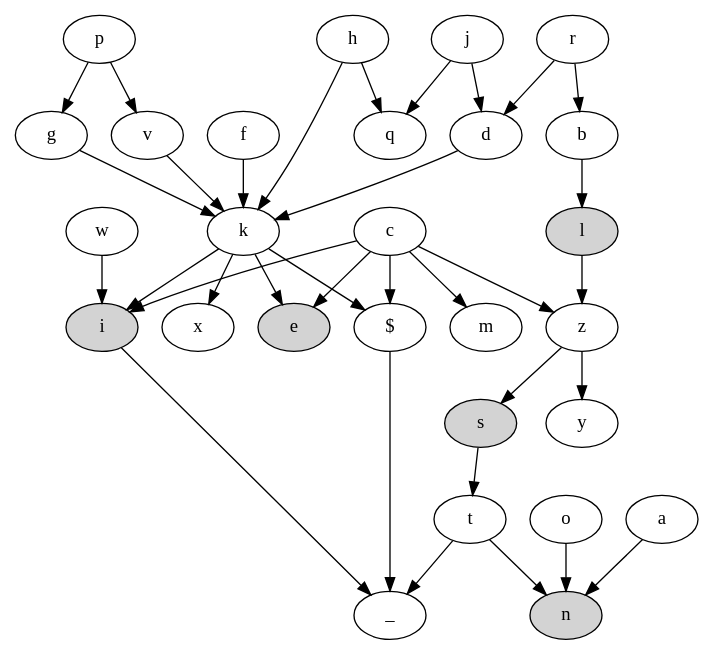
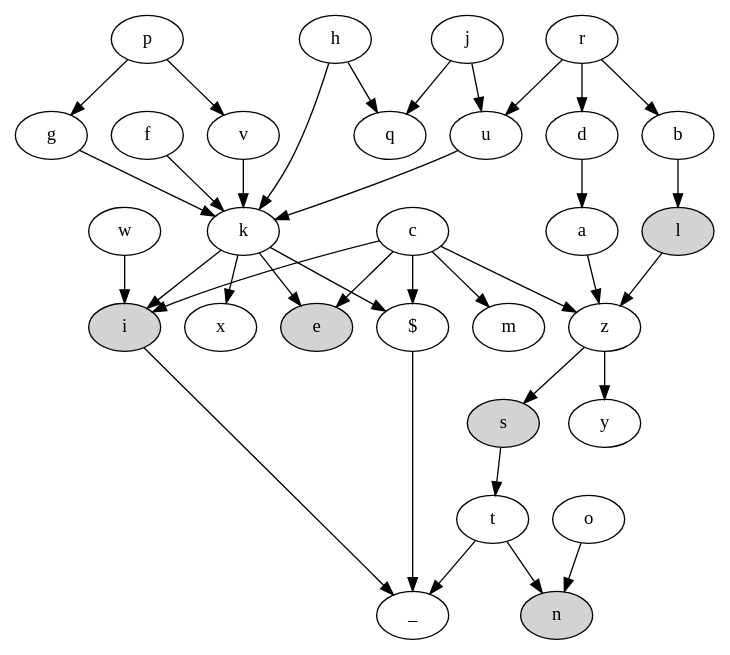
One commit to dovca/fp-js changed the diagram in dependencies.dot. Above: the diagram before and after it, drawn with Graphviz. The commit also changed 6 other files, not shown here.

```diff
--- a/dependencies.dot
+++ b/dependencies.dot
@@ -1,42 +1,44 @@
 digraph dependencies {
 
     n [style=filled];
     i [style=filled];
     s [style=filled];
     e [style=filled];
     l [style=filled];
 
     "$" -> _;
     t -> n;
     t -> _;
     i -> _;
     w -> i;
     o -> n;
-    a -> n;
+    a -> z;
+    d -> a;
     s -> t;
     z -> s;
     z -> y;
     c -> z;
     c -> e;
     c -> i;
     c -> "$";
     c -> m;
     l -> z;
     b -> l;
     k -> i;
     k -> "$";
     k -> e;
     k -> x;
     g -> k;
     v -> k;
     f -> k;
     p -> g;
     p -> v;
-    d -> k;
-    j -> d;
+    u -> k;
+    j -> u;
     j -> q;
     r -> d;
+    r -> u;
     r -> b;
     h -> k;
     h -> q;
 }
```
